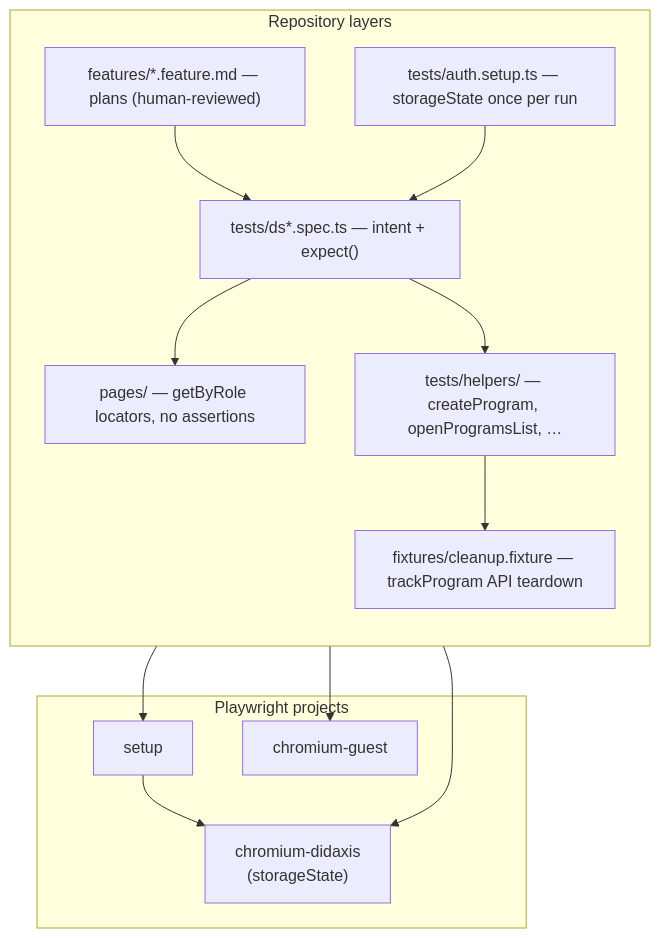
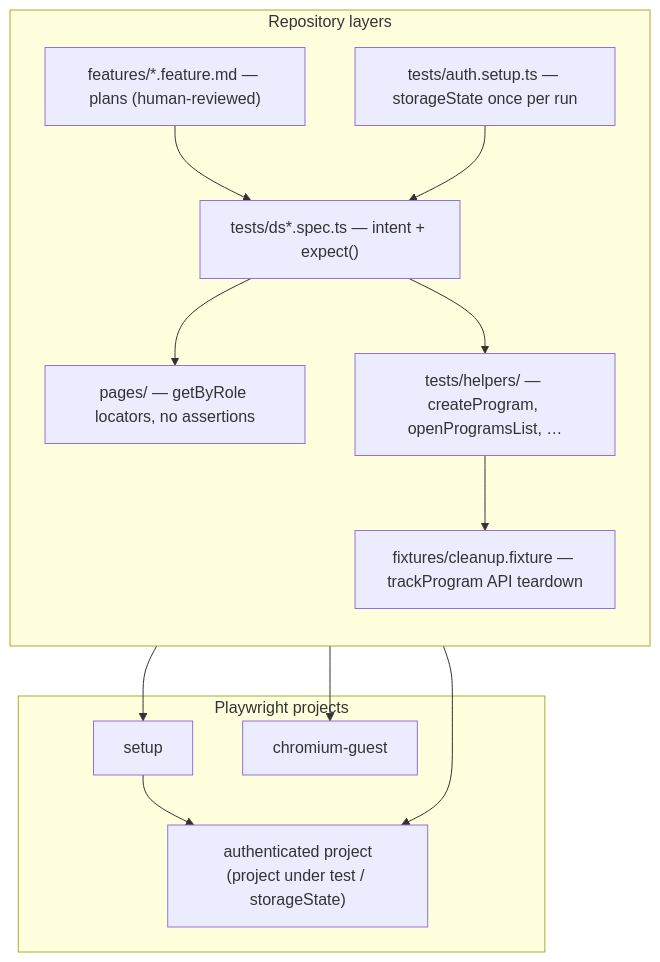
The fourth of 4 diagrams in docs/harness-diagram.md (svetlanasevcencog-png/homework), drawn with Mermaid before and after one commit. The commit also changed other lines of this file and 6 other files, not shown here.

````diff
--- a/docs/harness-diagram.md
+++ b/docs/harness-diagram.md
@@ -167,27 +167,27 @@
 ```mermaid
 flowchart TB
   subgraph Repo["Repository layers"]
     direction TB
     L1["features/*.feature.md — plans (human-reviewed)"]
     L2["tests/ds*.spec.ts — intent + expect()"]
     L3["pages/ — getByRole locators, no assertions"]
     L4["tests/helpers/ — createProgram, openProgramsList, …"]
     L5["fixtures/cleanup.fixture — trackProgram API teardown"]
     L6["tests/auth.setup.ts — storageState once per run"]
   end
 
   L1 --> L2
   L2 --> L3
   L2 --> L4
   L4 --> L5
   L6 --> L2
 
   subgraph Projects["Playwright projects"]
     SETUP["setup"]
-    AUTH["chromium-didaxis\n(storageState)"]
+    AUTH["authenticated project\n(project under test / storageState)"]
     GUEST["chromium-guest"]
   end
 
   L6 --> SETUP --> AUTH
   L2 --> AUTH & GUEST
 ```
````
